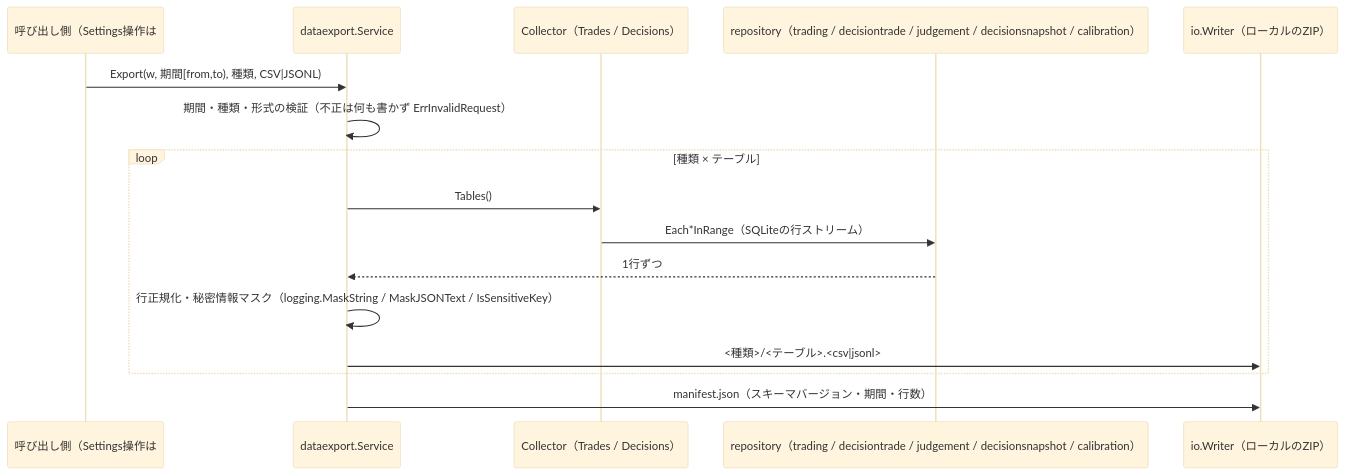
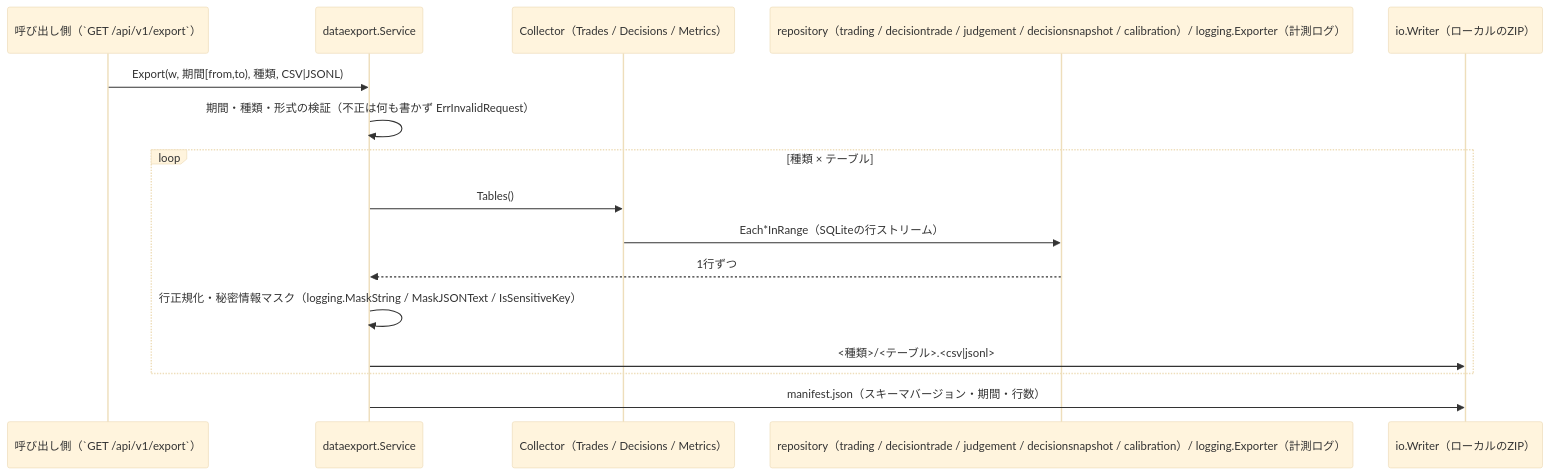
The eighth of 8 diagrams in docs/architecture/overview/flows.md (ousiassllc/pitha-trador), drawn with Mermaid (base theme) before and after one commit. The commit also changed other lines of this file and 25 other files, not shown here.

````diff
--- a/docs/architecture/overview/flows.md
+++ b/docs/architecture/overview/flows.md
@@ -211,19 +211,19 @@
 ```mermaid
 sequenceDiagram
-    participant C as 呼び出し側（Settings操作は#773）
+    participant C as 呼び出し側（`GET /api/v1/export`）
     participant SVC as dataexport.Service
-    participant COL as Collector（Trades / Decisions）
-    participant REPO as repository（trading / decisiontrade / judgement / decisionsnapshot / calibration）
+    participant COL as Collector（Trades / Decisions / Metrics）
+    participant REPO as repository（trading / decisiontrade / judgement / decisionsnapshot / calibration）/ logging.Exporter（計測ログ）
     participant W as io.Writer（ローカルのZIP）
 
     C->>SVC: Export(w, 期間[from,to), 種類, CSV|JSONL)
     SVC->>SVC: 期間・種類・形式の検証（不正は何も書かず ErrInvalidRequest）
     loop 種類 × テーブル
         SVC->>COL: Tables()
         COL->>REPO: Each*InRange（SQLiteの行ストリーム）
         REPO-->>SVC: 1行ずつ
         SVC->>SVC: 行正規化・秘密情報マスク（logging.MaskString / MaskJSONText / IsSensitiveKey）
         SVC->>W: <種類>/<テーブル>.<csv|jsonl>
     end
     SVC->>W: manifest.json（スキーマバージョン・期間・行数）
 ```
````
